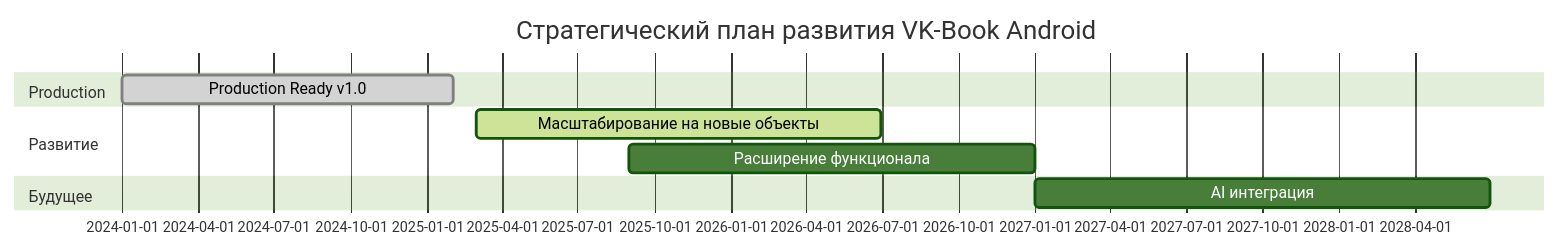
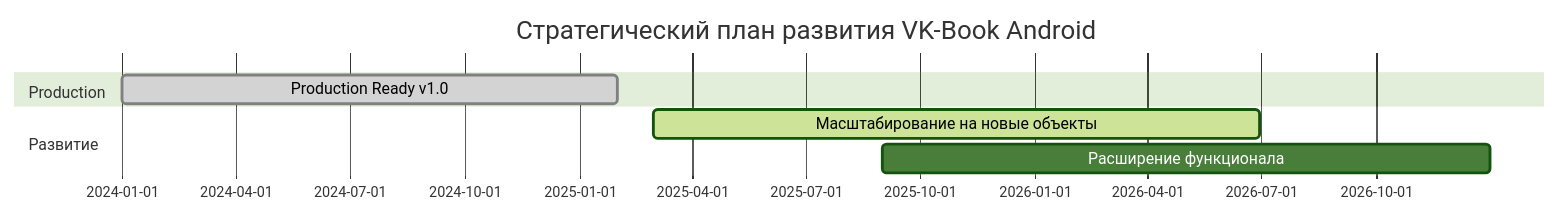
Before and after one commit to Flashw0rk/vkbook-showcase-prep: the second of 2 diagrams in README.md, drawn with Mermaid (forest theme).

Commit message:
Remove AI integration from roadmap - focus on practical development

````diff
--- a/README.md
+++ b/README.md
@@ -105,12 +105,10 @@
 ```mermaid
 gantt
     title Стратегический план развития VK-Book Android
     dateFormat  YYYY-MM-DD
     section Production
     Production Ready v1.0 :done, 2024-01-01, 2025-02-01
     section Развитие
     Масштабирование на новые объекты :active, 2025-03-01, 2026-06-30
     Расширение функционала : 2025-09-01, 2026-12-31
-    section Будущее
-    AI интеграция : 2027-01-01, 2028-06-30
 ```
````
